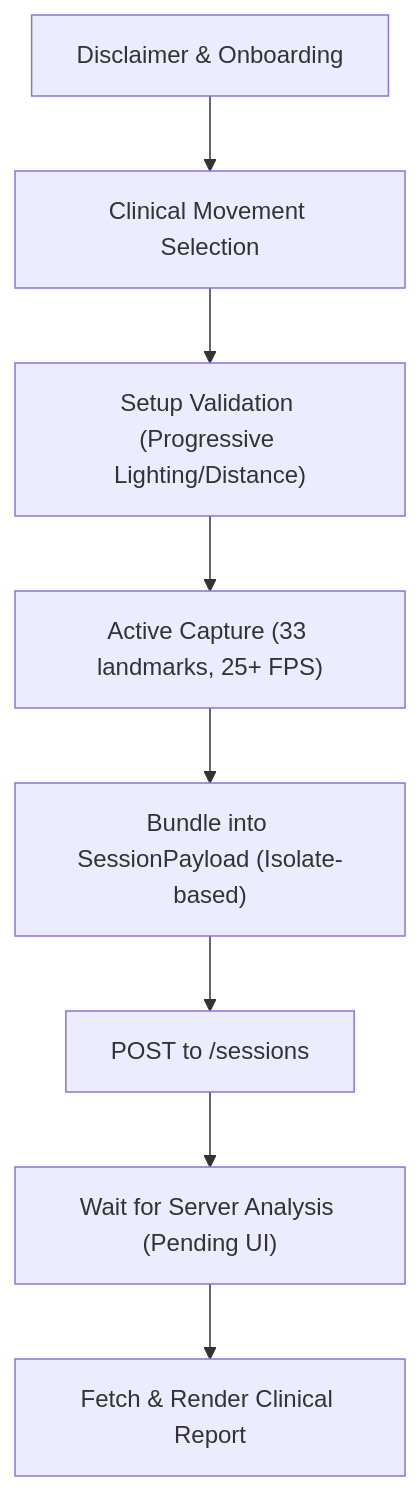
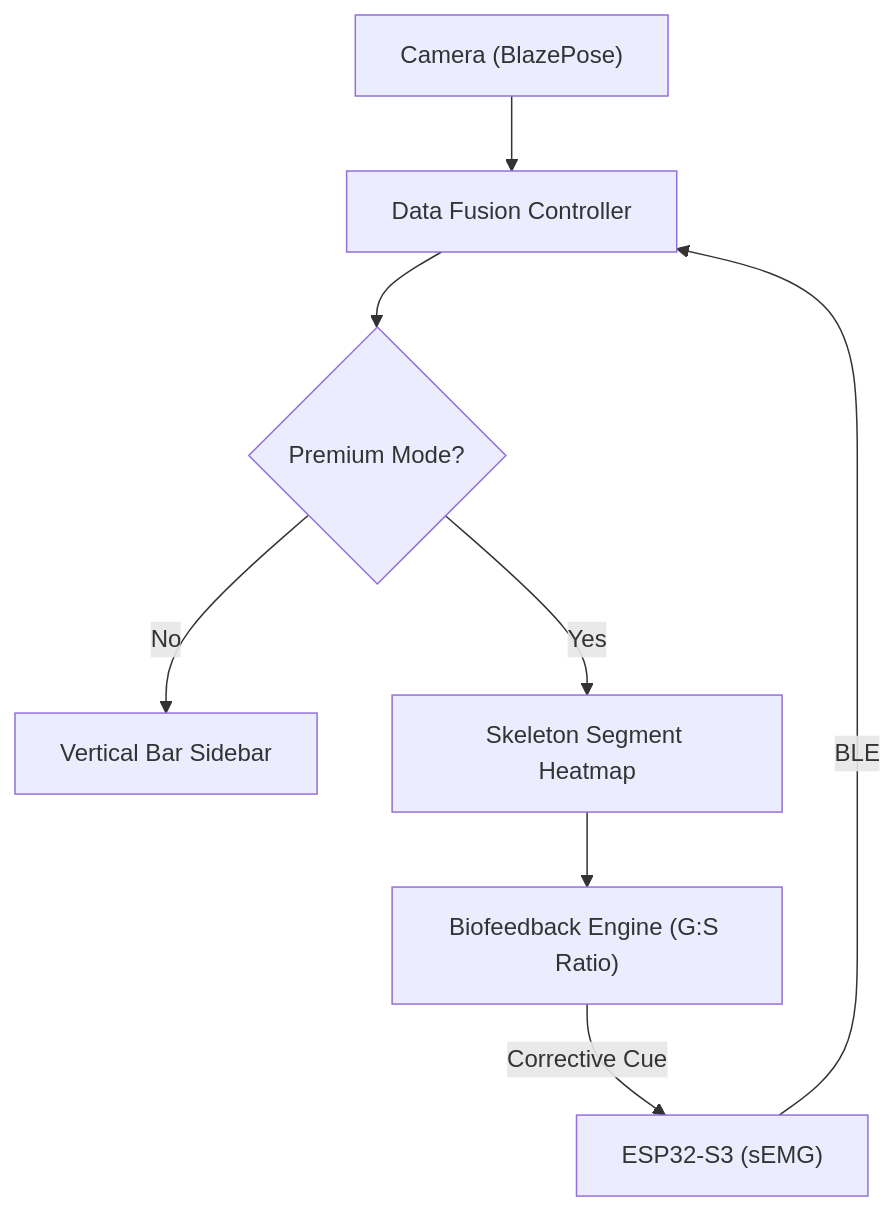
Before and after one commit to Bioliminal/bioliminal-mobile-application: the diagram in MODIFICATION_DESIGN.md, drawn with Mermaid. The commit also changed other lines of this file and 91 other files, not shown here.

````diff
--- a/MODIFICATION_DESIGN.md
+++ b/MODIFICATION_DESIGN.md
@@ -37,10 +39,10 @@
 ```mermaid
 graph TD
-    A["Disclaimer & Onboarding"] --> B["Clinical Movement Selection"]
-    B --> C["Setup Validation (Progressive Lighting/Distance)"]
-    C --> D["Active Capture (33 landmarks, 25+ FPS)"]
-    D --> E["Bundle into SessionPayload (Isolate-based)"]
-    E --> F["POST to /sessions"]
-    F --> G["Wait for Server Analysis (Pending UI)"]
-    G --> H["Fetch & Render Clinical Report"]
+    A["Camera (BlazePose)"] --> B["Data Fusion Controller"]
+    C["ESP32-S3 (sEMG)"] -- "BLE" --> B
+    B --> D{"Premium Mode?"}
+    D -- "No" --> E["Vertical Bar Sidebar"]
+    D -- "Yes" --> F["Skeleton Segment Heatmap"]
+    F --> G["Biofeedback Engine (G:S Ratio)"]
+    G -- "Corrective Cue" --> C
 ```
````
